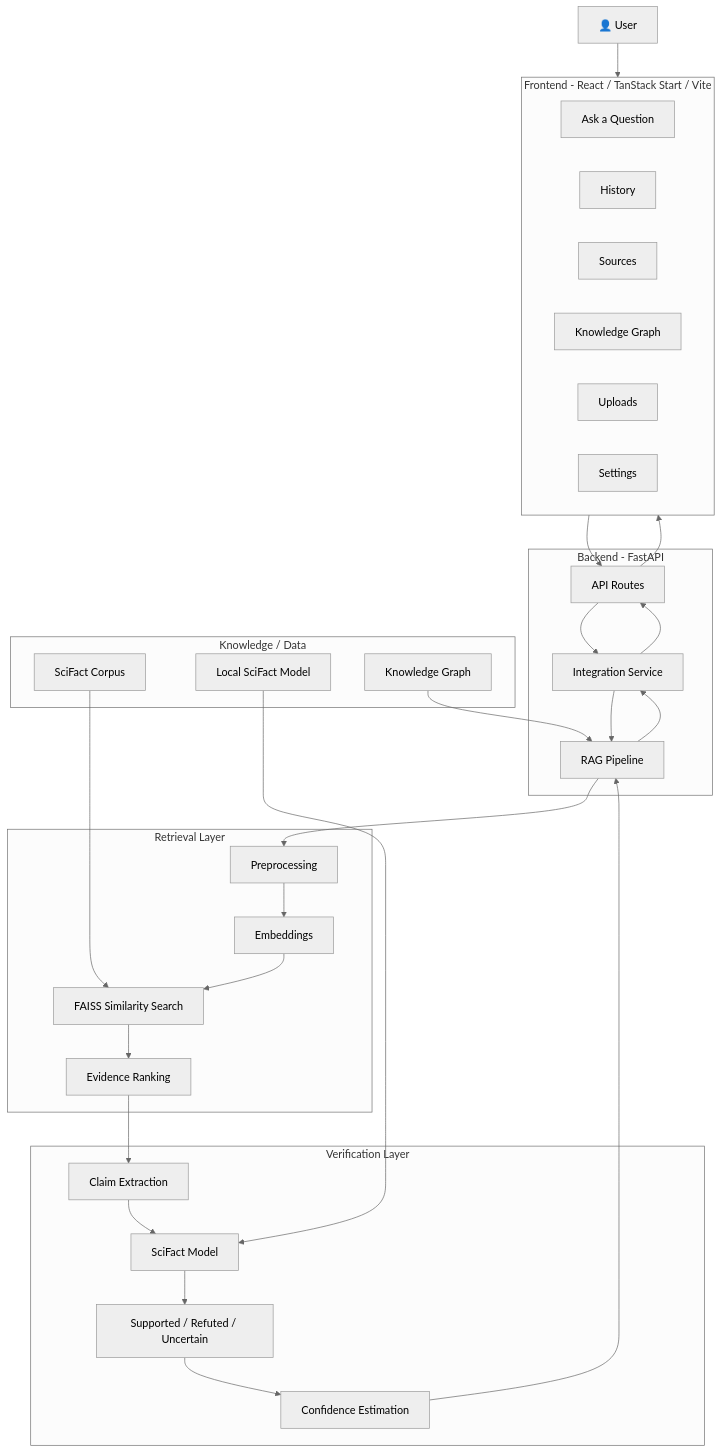
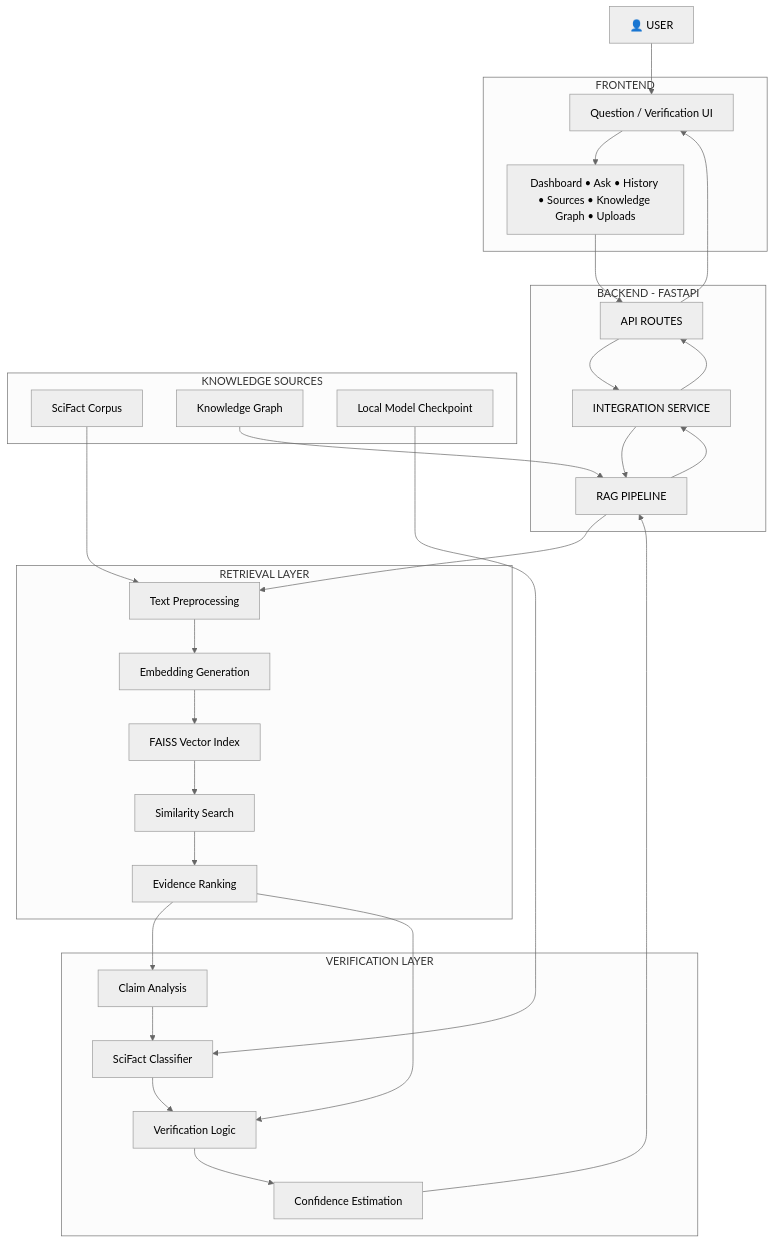
The first of 4 diagrams in README.md (shivaleela-a-ballary/AI_Hallucination_Mitigation), drawn with Mermaid (neutral theme) before and after one commit. The commit also changed other lines of this file, not shown here.

````diff
--- a/README.md
+++ b/README.md
@@ -252,63 +160,66 @@
 ```mermaid
 flowchart TB
 
-    U[👤 User]
+    USER["👤 USER"]
 
-    subgraph FE["Frontend - React / TanStack Start / Vite"]
-        ASK[Ask a Question]
-        HIST[History]
-        SRC[Sources]
-        KG[Knowledge Graph]
-        UP[Uploads]
-        SET[Settings]
+    subgraph FRONTEND["FRONTEND"]
+        UI["Question / Verification UI"]
+        PAGES["Dashboard • Ask • History • Sources • Knowledge Graph • Uploads"]
     end
 
-    subgraph API["Backend - FastAPI"]
-        ROUTER[API Routes]
-        INT[Integration Service]
-        RAG[RAG Pipeline]
+    subgraph BACKEND["BACKEND - FASTAPI"]
+        API["API ROUTES"]
+        SERVICE["INTEGRATION SERVICE"]
+        PIPELINE["RAG PIPELINE"]
     end
 
-    subgraph RET["Retrieval Layer"]
-        PRE[Preprocessing]
-        EMB[Embeddings]
-        FAISS[FAISS Similarity Search]
-        RANK[Evidence Ranking]
+    subgraph RETRIEVAL["RETRIEVAL LAYER"]
+        CLEAN["Text Preprocessing"]
+        EMB["Embedding Generation"]
+        INDEX["FAISS Vector Index"]
+        SEARCH["Similarity Search"]
+        RANK["Evidence Ranking"]
     end
 
-    subgraph VER["Verification Layer"]
-        CLAIM[Claim Extraction]
-        SF[SciFact Model]
-        STATUS[Supported / Refuted / Uncertain]
-        CONF[Confidence Estimation]
+    subgraph VERIFICATION["VERIFICATION LAYER"]
+        CLAIM["Claim Analysis"]
+        MODEL["SciFact Classifier"]
+        VERIFY["Verification Logic"]
+        CONF["Confidence Estimation"]
     end
 
-    subgraph DATA["Knowledge / Data"]
-        CORPUS[SciFact Corpus]
-        MODEL[Local SciFact Model]
-        GRAPH[Knowledge Graph]
+    subgraph KNOWLEDGE["KNOWLEDGE SOURCES"]
+        CORPUS["SciFact Corpus"]
+        KG["Knowledge Graph"]
+        CHECKPOINT["Local Model Checkpoint"]
     end
 
-    U --> FE
-    FE --> ROUTER
-    ROUTER --> INT
-    INT --> RAG
+    USER --> UI
+    UI --> PAGES
+    PAGES --> API
 
-    RAG --> PRE
-    PRE --> EMB
-    EMB --> FAISS
-    FAISS --> RANK
-    CORPUS --> FAISS
+    API --> SERVICE
+    SERVICE --> PIPELINE
 
+    PIPELINE --> CLEAN
+    CLEAN --> EMB
+    EMB --> INDEX
+    INDEX --> SEARCH
+    SEARCH --> RANK
+
+    CORPUS --> CLEAN
     RANK --> CLAIM
-    CLAIM --> SF
-    MODEL --> SF
-    SF --> STATUS
-    STATUS --> CONF
 
-    GRAPH --> RAG
-    CONF --> RAG
-    RAG --> INT
-    INT --> ROUTER
-    ROUTER --> FE
+    CLAIM --> MODEL
+    CHECKPOINT --> MODEL
+    MODEL --> VERIFY
+    RANK --> VERIFY
+    VERIFY --> CONF
+
+    KG --> PIPELINE
+
+    CONF --> PIPELINE
+    PIPELINE --> SERVICE
+    SERVICE --> API
+    API --> UI
 ```
````
